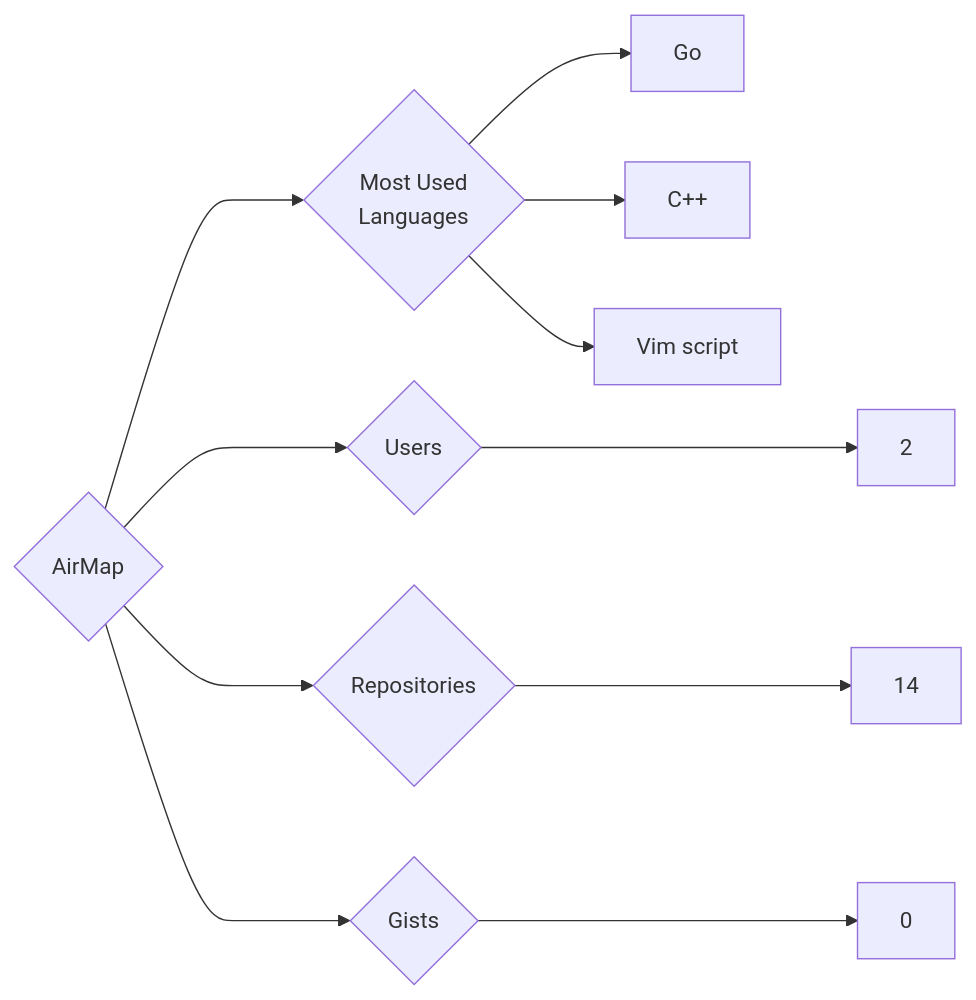
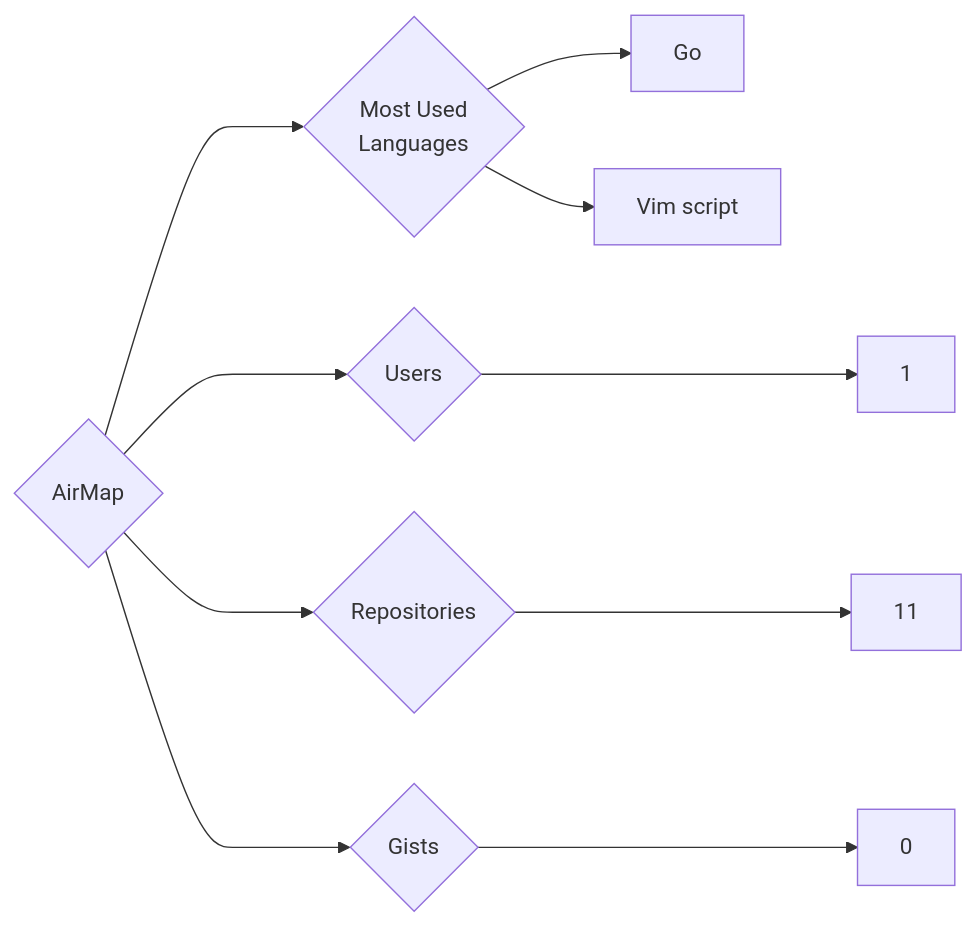
Before and after one commit to trickest/insiders: the diagram in targets/AirMap/README.md, drawn with Mermaid. The commit also changed 914 other files, not shown here.

````diff
--- a/targets/AirMap/README.md
+++ b/targets/AirMap/README.md
@@ -3,11 +3,10 @@
 ```mermaid
 graph LR
 COMPANY_NAME{AirMap}
-COMPANY_NAME ---> U{Users} ---> UN[2]
-COMPANY_NAME ---> R{Repositories} ---> RN[14]
+COMPANY_NAME ---> U{Users} ---> UN[1]
+COMPANY_NAME ---> R{Repositories} ---> RN[11]
 COMPANY_NAME ---> G{Gists} ---> GN[0]
 COMPANY_NAME ---> ML{Most Used<br>Languages}
 ML --> Go[Go]
-ML --> C++[C++]
 ML --> Vim_script[Vim script]
 ```
````
